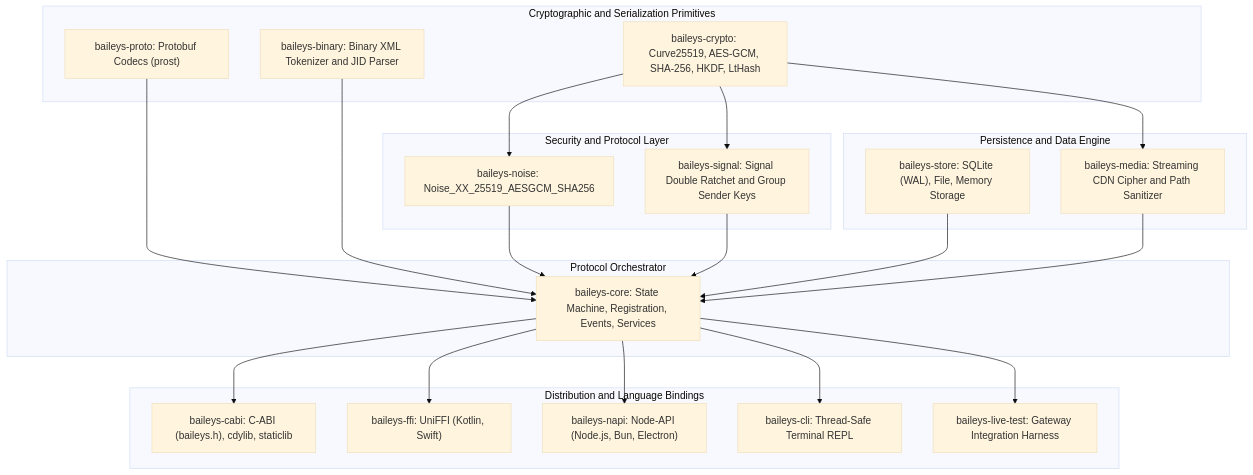
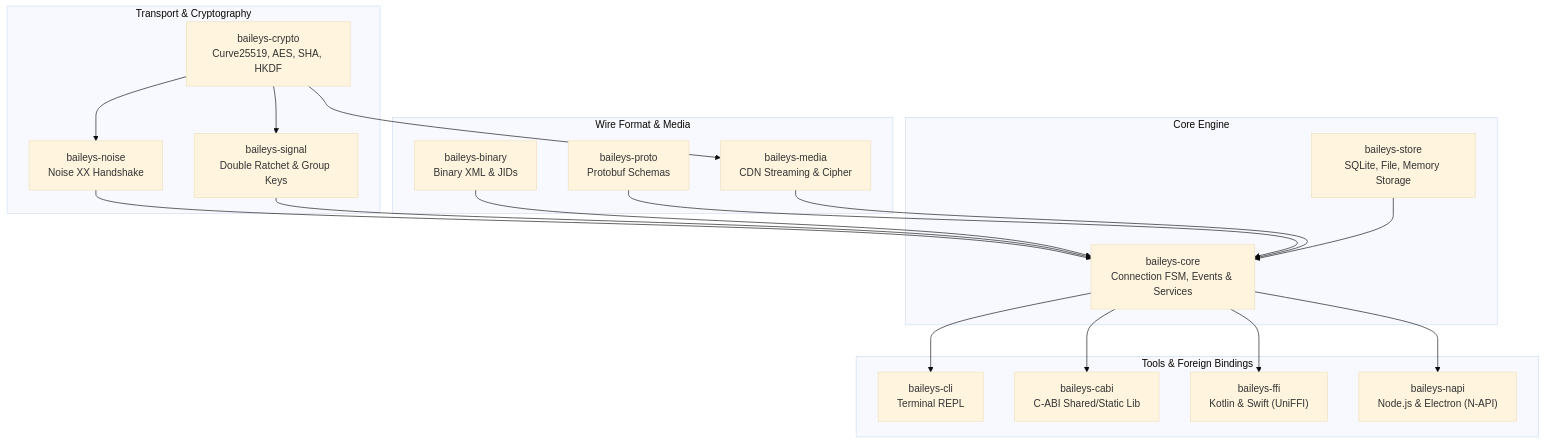
One commit to Towartz/Rolleys changed the diagram in README.md. Above: the diagram before and after it, drawn with Mermaid (base theme). The commit also changed other lines of this file, not shown here.

````diff
--- a/README.md
+++ b/README.md
@@ -47,46 +33,41 @@
 ```mermaid
 flowchart TD
-    subgraph Primitives["Cryptographic and Serialization Primitives"]
-        Crypto["baileys-crypto: Curve25519, AES-GCM, SHA-256, HKDF, LtHash"]
-        Proto["baileys-proto: Protobuf Codecs (prost)"]
-        Binary["baileys-binary: Binary XML Tokenizer and JID Parser"]
+    subgraph Network["Transport & Cryptography"]
+        Crypto["baileys-crypto<br/>Curve25519, AES, SHA, HKDF"]
+        Noise["baileys-noise<br/>Noise XX Handshake"]
+        Signal["baileys-signal<br/>Double Ratchet & Group Keys"]
     end
 
-    subgraph Security["Security and Protocol Layer"]
-        Noise["baileys-noise: Noise_XX_25519_AESGCM_SHA256"]
-        Signal["baileys-signal: Signal Double Ratchet and Group Sender Keys"]
+    subgraph Wire["Wire Format & Media"]
+        Proto["baileys-proto<br/>Protobuf Schemas"]
+        Binary["baileys-binary<br/>Binary XML & JIDs"]
+        Media["baileys-media<br/>CDN Streaming & Cipher"]
     end
 
-    subgraph StorageMedia["Persistence and Data Engine"]
-        Store["baileys-store: SQLite (WAL), File, Memory Storage"]
-        Media["baileys-media: Streaming CDN Cipher and Path Sanitizer"]
+    subgraph Engine["Core Engine"]
+        Store["baileys-store<br/>SQLite, File, Memory Storage"]
+        Core["baileys-core<br/>Connection FSM, Events & Services"]
     end
 
-    subgraph CoreEngine["Protocol Orchestrator"]
-        Core["baileys-core: State Machine, Registration, Events, Services"]
-    end
-
-    subgraph Interfaces["Distribution and Language Bindings"]
-        CABI["baileys-cabi: C-ABI (baileys.h), cdylib, staticlib"]
-        FFI["baileys-ffi: UniFFI (Kotlin, Swift)"]
-        NAPI["baileys-napi: Node-API (Node.js, Bun, Electron)"]
-        CLI["baileys-cli: Thread-Safe Terminal REPL"]
-        LiveTest["baileys-live-test: Gateway Integration Harness"]
+    subgraph Interfaces["Tools & Foreign Bindings"]
+        CLI["baileys-cli<br/>Terminal REPL"]
+        CABI["baileys-cabi<br/>C-ABI Shared/Static Lib"]
+        FFI["baileys-ffi<br/>Kotlin & Swift (UniFFI)"]
+        NAPI["baileys-napi<br/>Node.js & Electron (N-API)"]
     end
 
     Crypto --> Noise
     Crypto --> Signal
     Crypto --> Media
-    Proto --> Core
-    Binary --> Core
     Noise --> Core
     Signal --> Core
+    Binary --> Core
+    Proto --> Core
+    Media --> Core
     Store --> Core
-    Media --> Core
 
+    Core --> CLI
     Core --> CABI
     Core --> FFI
     Core --> NAPI
-    Core --> CLI
-    Core --> LiveTest
 ```
````
